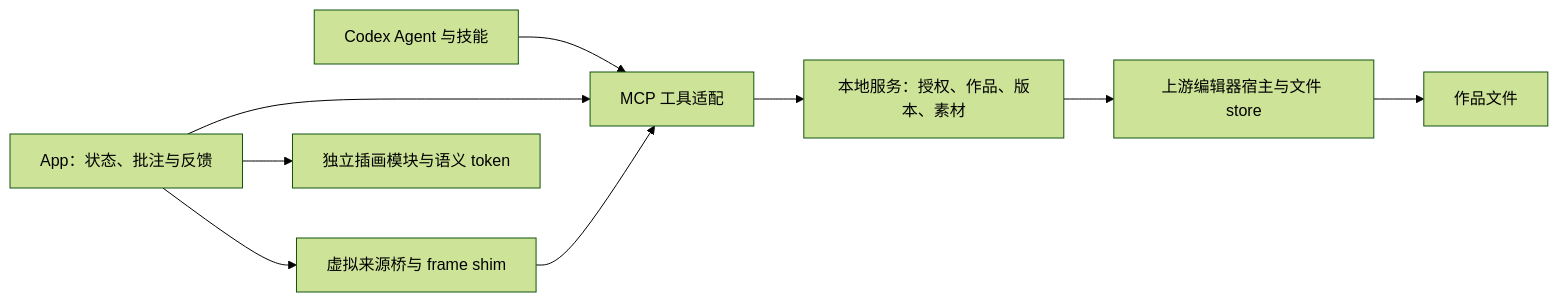
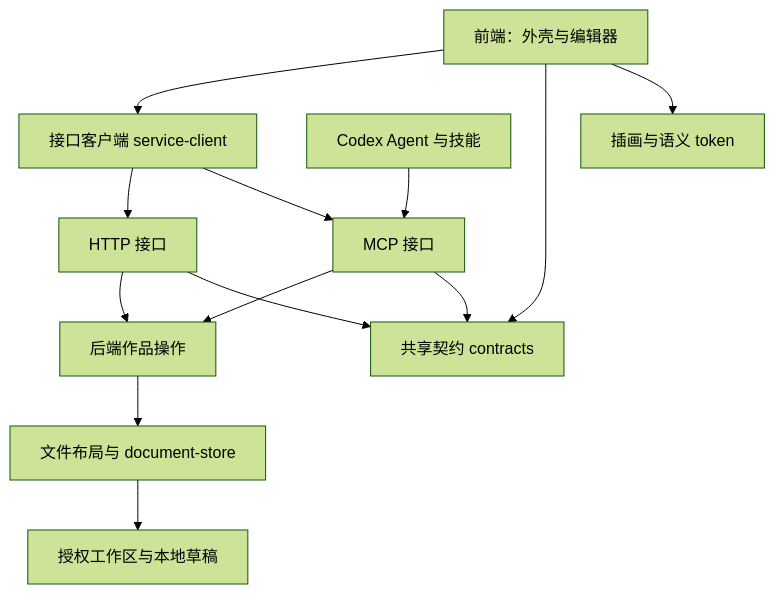
One commit to Vontean/MineDesign changed the diagram in ARCHITECTURE.md. Above: the diagram before and after it, drawn with Mermaid (forest theme). The commit also changed other lines of this file and 2886 other files, not shown here.

````diff
--- a/ARCHITECTURE.md
+++ b/ARCHITECTURE.md
@@ -19,11 +17,15 @@
 ```mermaid
-flowchart LR
-    A[Codex Agent 与技能] --> M[MCP 工具适配]
-    U[App：状态、批注与反馈] --> M
-    U --> V[虚拟来源桥与 frame shim]
-    V --> M
-    M --> S[本地服务：授权、作品、版本、素材]
-    S --> R[上游编辑器宿主与文件 store]
-    R --> F[作品文件]
-    U --> I[独立插画模块与语义 token]
+flowchart TB
+  UI[前端：外壳与编辑器] --> Client[接口客户端 service-client]
+  Client --> HTTP[HTTP 接口]
+  Client --> MCP[MCP 接口]
+  Agent[Codex Agent 与技能] --> MCP
+  HTTP --> Operations[后端作品操作]
+  MCP --> Operations
+  Operations --> Files[文件布局与 document-store]
+  Files --> Disk[授权工作区与本地草稿]
+  UI --> Contracts[共享契约 contracts]
+  HTTP --> Contracts
+  MCP --> Contracts
+  UI --> Visual[插画与语义 token]
 ```
````
